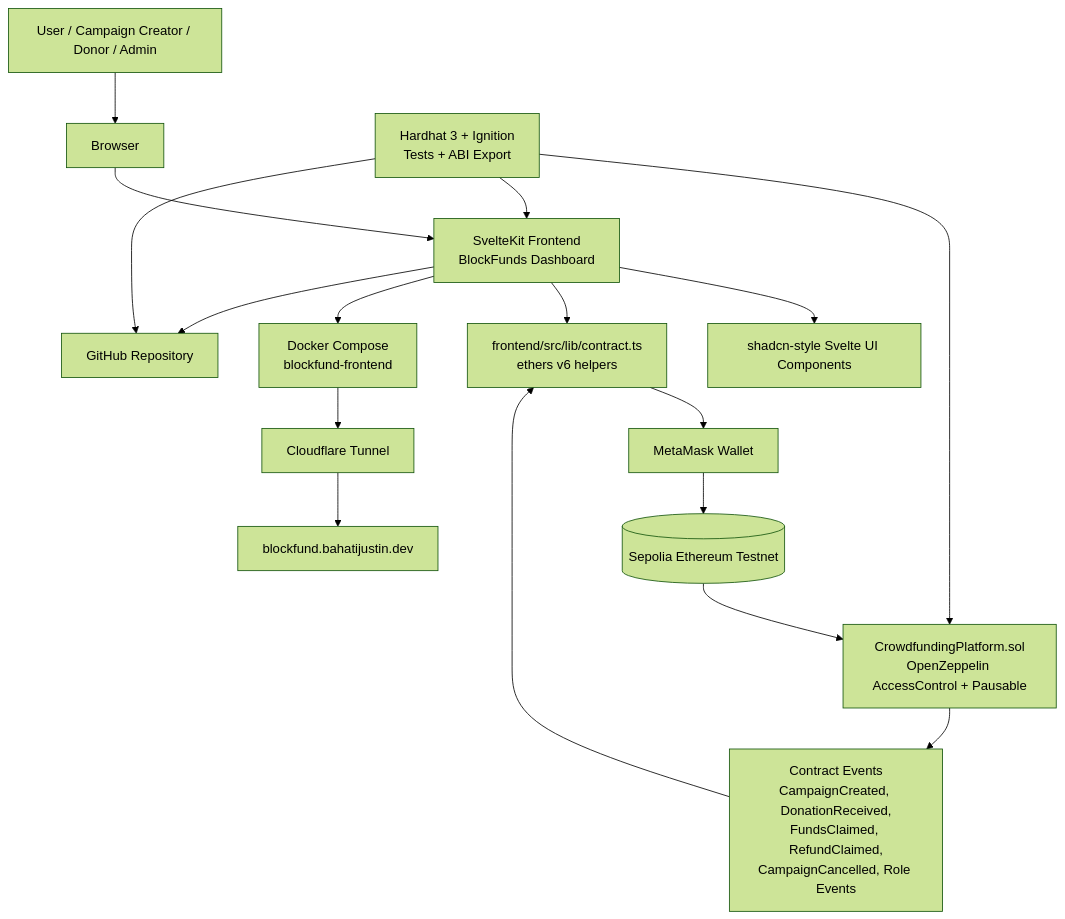
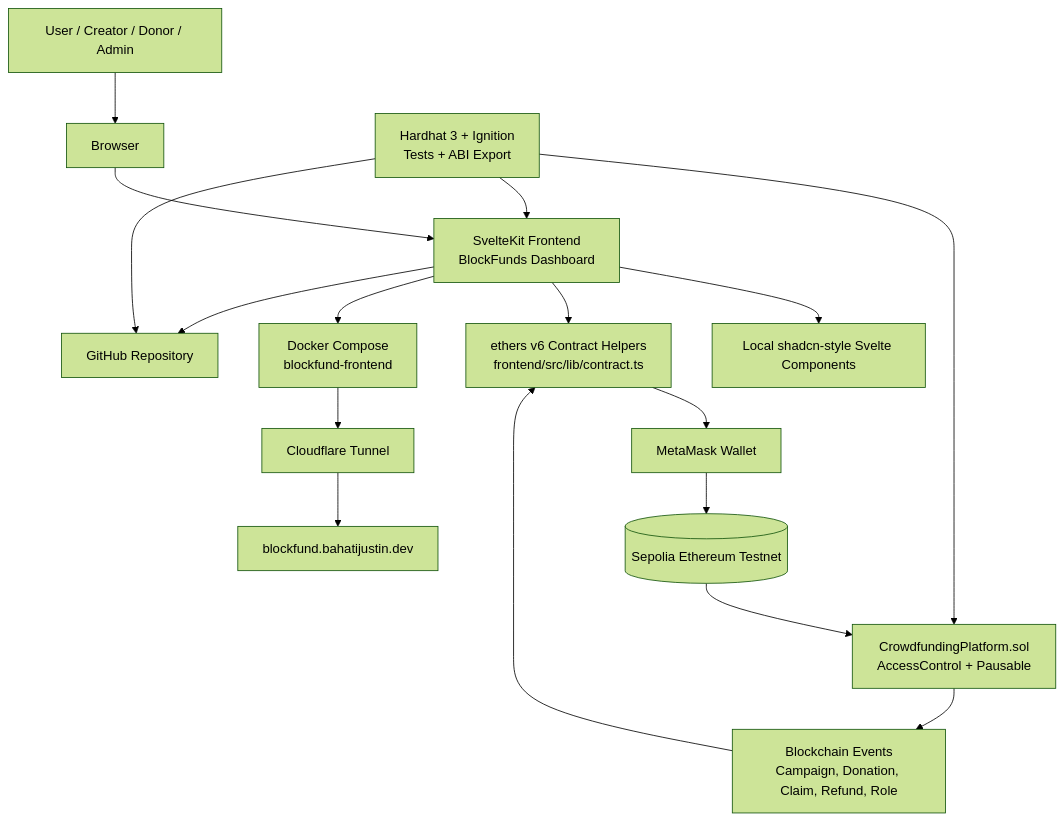
One commit to bajustone/mse-blockchain-and-dapps changed the diagram in work_2-group-dapp/README.md. Above: the diagram before and after it, drawn with Mermaid (forest theme).

Commit message:
Fix README Mermaid architecture diagram

````diff
--- a/work_2-group-dapp/README.md
+++ b/work_2-group-dapp/README.md
@@ -59,34 +59,34 @@
 ```mermaid
 flowchart TB
-  User[User / Campaign Creator / Donor / Admin]
-  MetaMask[MetaMask Wallet]
-  Browser[Browser]
-  Frontend[SvelteKit Frontend\nBlockFunds Dashboard]
-  UI[shadcn-style Svelte UI Components]
-  ContractHelpers[frontend/src/lib/contract.ts\nethers v6 helpers]
-  Sepolia[(Sepolia Ethereum Testnet)]
-  Contract[CrowdfundingPlatform.sol\nOpenZeppelin AccessControl + Pausable]
-  Events[Contract Events\nCampaignCreated, DonationReceived,\nFundsClaimed, RefundClaimed,\nCampaignCancelled, Role Events]
-  Docker[Docker Compose\nblockfund-frontend]
-  Cloudflare[Cloudflare Tunnel]
-  PublicHost[blockfund.bahatijustin.dev]
-  DevTools[Hardhat 3 + Ignition\nTests + ABI Export]
-  GitHub[GitHub Repository]
+  user["User / Creator / Donor / Admin"]
+  browser["Browser"]
+  frontend["SvelteKit Frontend<br/>BlockFunds Dashboard"]
+  ui["Local shadcn-style Svelte Components"]
+  helpers["ethers v6 Contract Helpers<br/>frontend/src/lib/contract.ts"]
+  metamask["MetaMask Wallet"]
+  sepolia[("Sepolia Ethereum Testnet")]
+  contract["CrowdfundingPlatform.sol<br/>AccessControl + Pausable"]
+  events["Blockchain Events<br/>Campaign, Donation, Claim, Refund, Role"]
+  hardhat["Hardhat 3 + Ignition<br/>Tests + ABI Export"]
+  docker["Docker Compose<br/>blockfund-frontend"]
+  cloudflare["Cloudflare Tunnel"]
+  publicHost["blockfund.bahatijustin.dev"]
+  github["GitHub Repository"]
 
-  User --> Browser
-  Browser --> Frontend
-  Frontend --> UI
-  Frontend --> ContractHelpers
-  ContractHelpers --> MetaMask
-  MetaMask --> Sepolia
-  Sepolia --> Contract
-  Contract --> Events
-  Events --> ContractHelpers
-  DevTools --> Contract
-  DevTools --> Frontend
-  Frontend --> Docker
-  Docker --> Cloudflare
-  Cloudflare --> PublicHost
-  DevTools --> GitHub
-  Frontend --> GitHub
+  user --> browser
+  browser --> frontend
+  frontend --> ui
+  frontend --> helpers
+  helpers --> metamask
+  metamask --> sepolia
+  sepolia --> contract
+  contract --> events
+  events --> helpers
+  hardhat --> contract
+  hardhat --> frontend
+  frontend --> docker
+  docker --> cloudflare
+  cloudflare --> publicHost
+  hardhat --> github
+  frontend --> github
 ```
````
